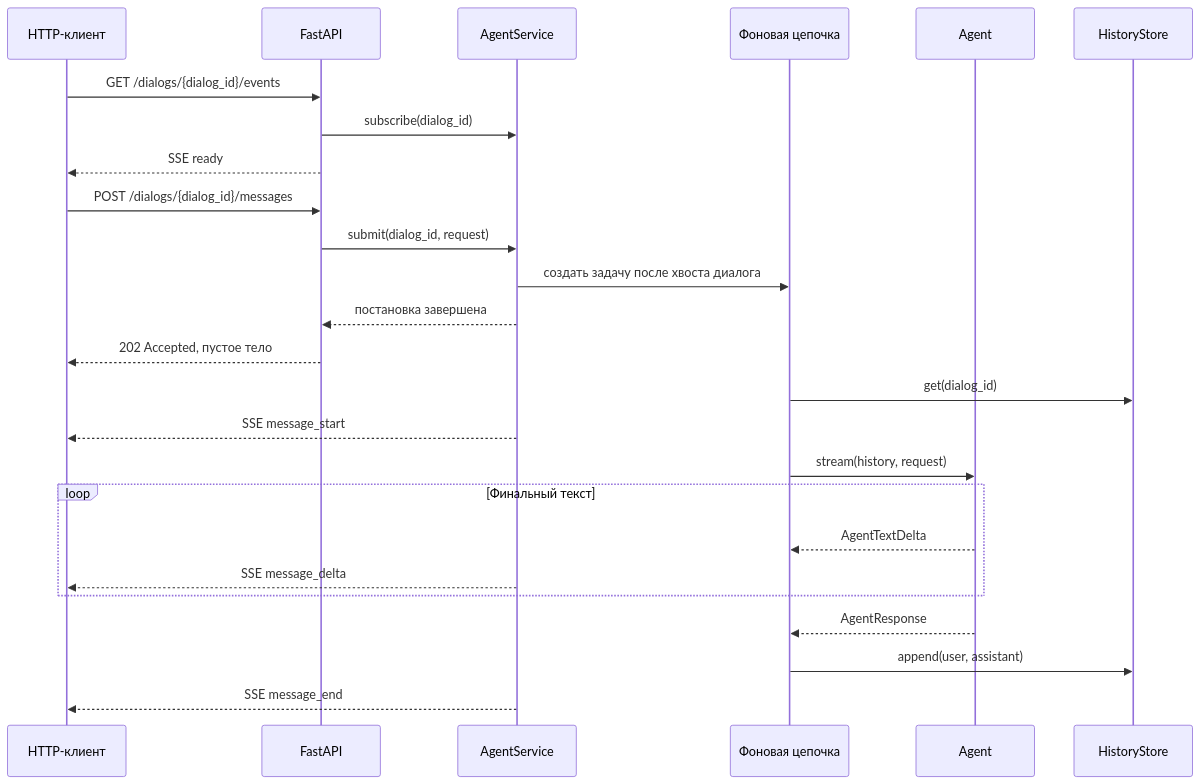
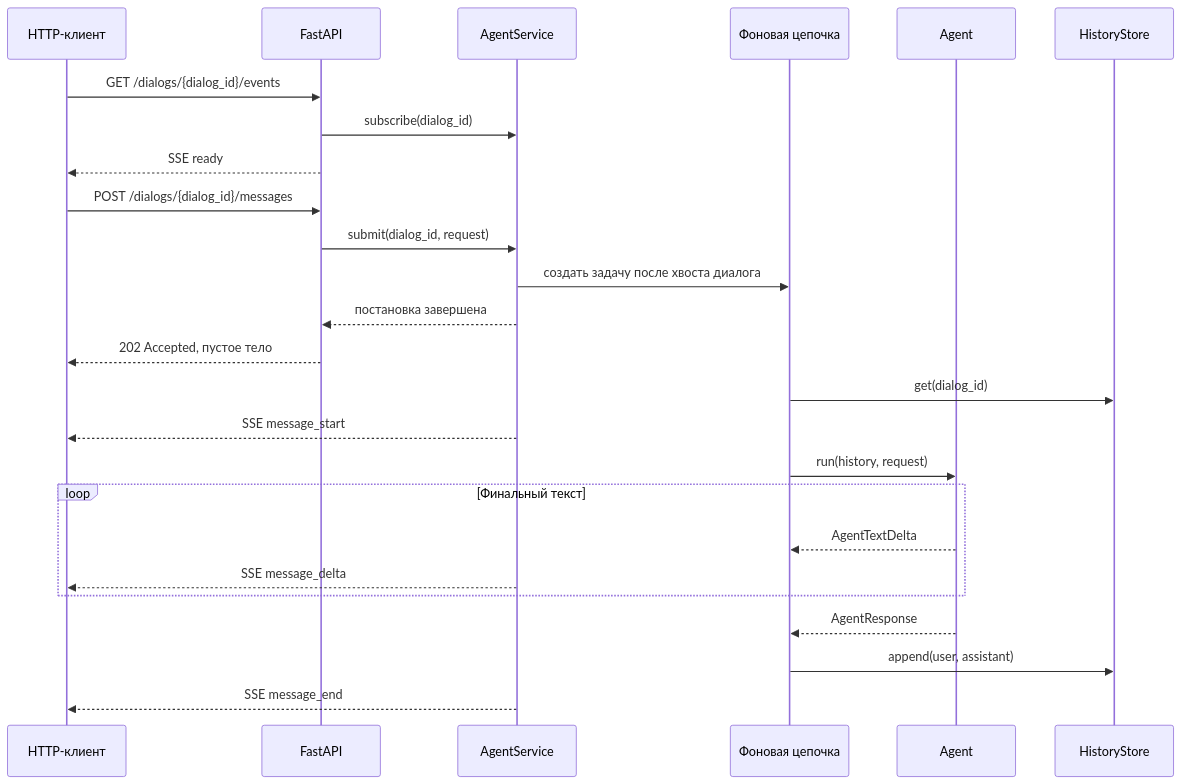
One commit to Nisakoo/BMSTU-NIRS changed the diagram in docs/dialogs.md. Above: the diagram before and after it, drawn with Mermaid. The commit also changed 8 other files, not shown here.

Commit message:
refactor(agent): make run the streaming contract

````diff
--- a/docs/dialogs.md
+++ b/docs/dialogs.md
@@ -67,28 +67,28 @@
 ```mermaid
 sequenceDiagram
     participant Client as HTTP-клиент
     participant API as FastAPI
     participant Service as AgentService
     participant Task as Фоновая цепочка
     participant Agent
     participant History as HistoryStore
 
     Client->>API: GET /dialogs/{dialog_id}/events
     API->>Service: subscribe(dialog_id)
     API-->>Client: SSE ready
     Client->>API: POST /dialogs/{dialog_id}/messages
     API->>Service: submit(dialog_id, request)
     Service->>Task: создать задачу после хвоста диалога
     Service-->>API: постановка завершена
     API-->>Client: 202 Accepted, пустое тело
     Task->>History: get(dialog_id)
     Service-->>Client: SSE message_start
-    Task->>Agent: stream(history, request)
+    Task->>Agent: run(history, request)
     loop Финальный текст
         Agent-->>Task: AgentTextDelta
         Service-->>Client: SSE message_delta
     end
     Agent-->>Task: AgentResponse
     Task->>History: append(user, assistant)
     Service-->>Client: SSE message_end
 ```
````
